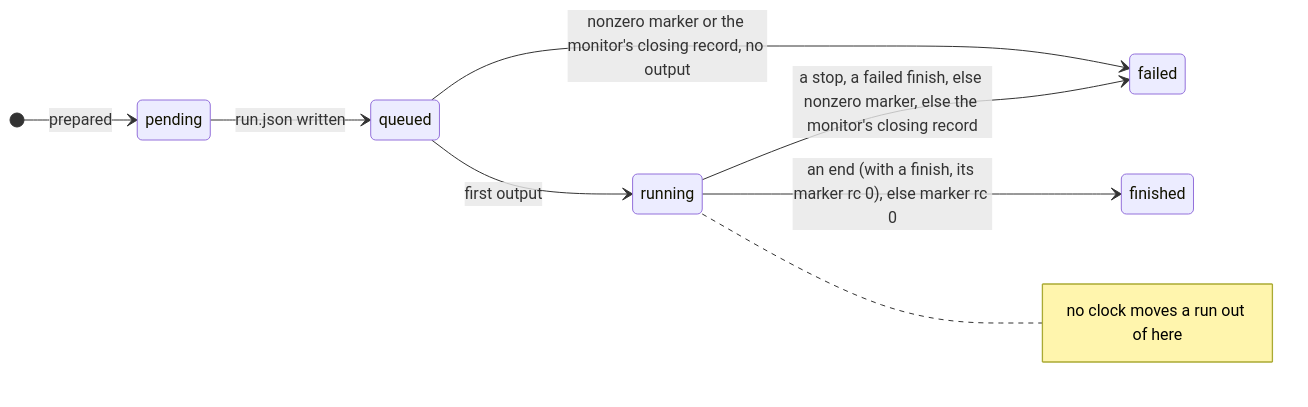
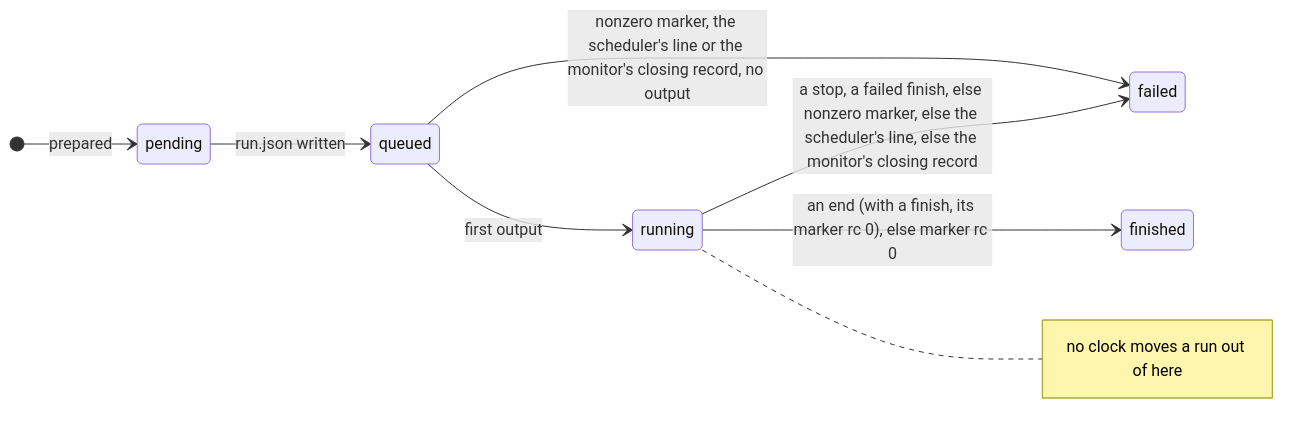
One commit to Qing-LAB/molbuilder changed the fourth of 6 diagrams in docs/execution/running-a-job.md. Above: the diagram before and after it, drawn with Mermaid. The commit also changed other lines of this file and 21 other files, not shown here.

````diff
--- a/docs/execution/running-a-job.md
+++ b/docs/execution/running-a-job.md
@@ -757,11 +780,11 @@
 ```mermaid
 stateDiagram-v2
     direction LR
     [*] --> pending: prepared
     pending --> queued: run.json written
     queued --> running: first output
-    queued --> failed: nonzero marker or the monitor's closing record, no output
+    queued --> failed: nonzero marker, the scheduler's line or the monitor's closing record, no output
     running --> finished: an end (with a finish, its marker rc 0), else marker rc 0
-    running --> failed: a stop, a failed finish, else nonzero marker, else the monitor's closing record
+    running --> failed: a stop, a failed finish, else nonzero marker, else the scheduler's line, else the monitor's closing record
     note right of running: no clock moves a run out of here
 ```
````
